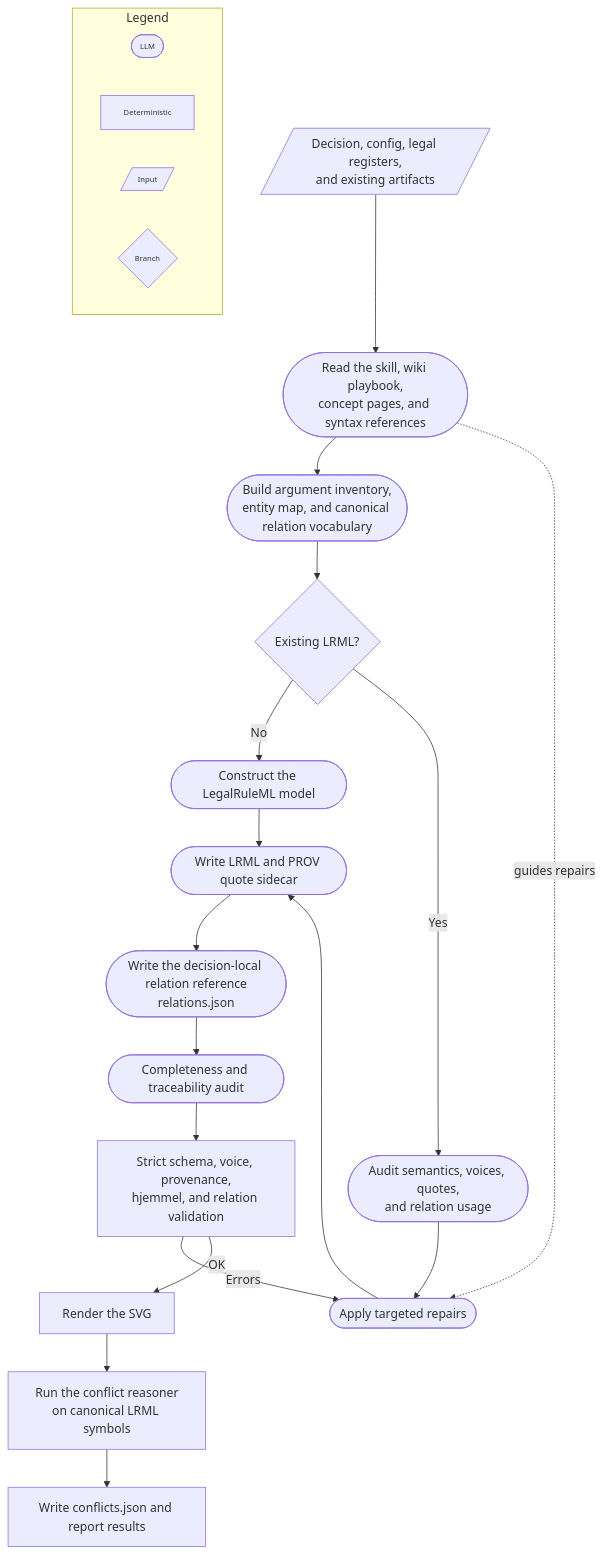
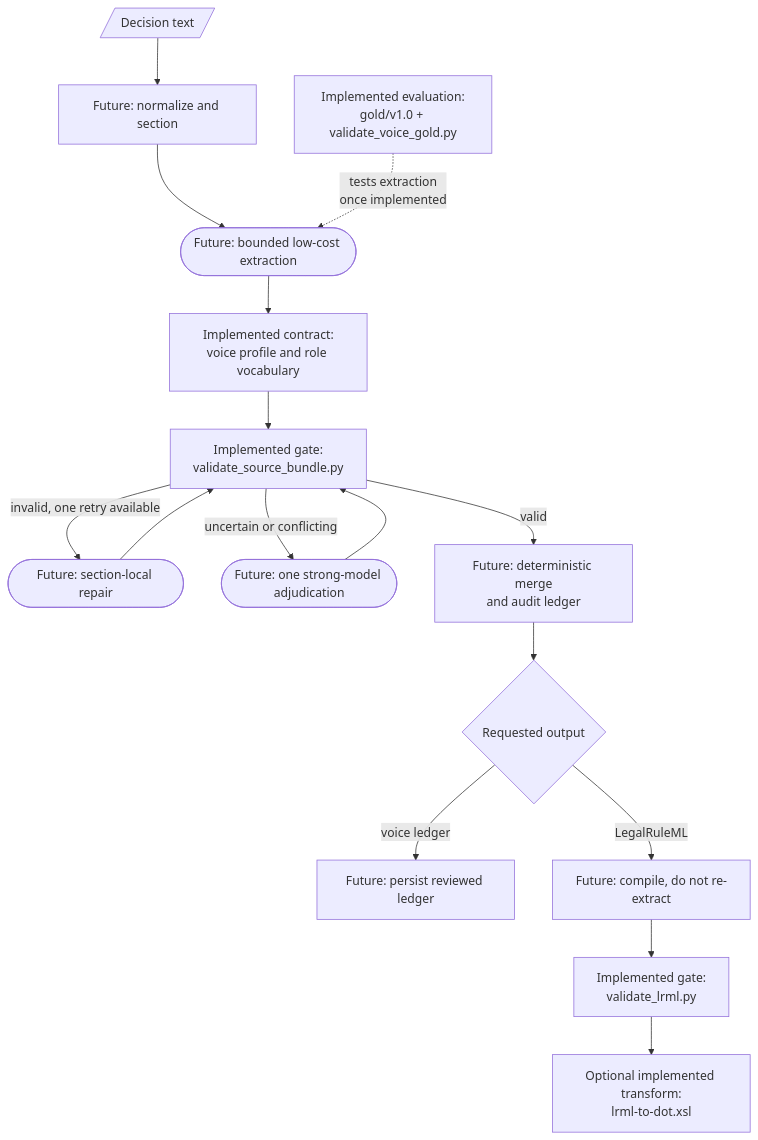
One commit to danlupp/lrml changed the diagram in legalruleml/README.md. Above: the diagram before and after it, drawn with Mermaid. The commit also changed other lines of this file, not shown here.

Commit message:
Clarify LegalRuleML checkout boundaries

````diff
--- a/legalruleml/README.md
+++ b/legalruleml/README.md
@@ -279,30 +310,19 @@
 ```mermaid
 flowchart TD
-  A[/Decision, config, legal registers,<br/>and existing artifacts/] --> B([Read the skill, wiki playbook,<br/>concept pages, and syntax references])
-  B --> D([Build argument inventory,<br/>entity map, and canonical relation vocabulary])
-  D --> E{Existing LRML?}
-  E -- No --> F([Construct the LegalRuleML model])
-  E -- Yes --> G([Audit semantics, voices, quotes,<br/>and relation usage])
-  G --> H([Apply targeted repairs])
-  B -. guides repairs .-> H
-  F --> I([Write LRML and PROV quote sidecar])
-  H --> I
-  I --> J([Write the decision-local relation reference<br/>relations.json])
-  J --> K([Completeness and traceability audit])
-  K --> L[Strict schema, voice, provenance,<br/>hjemmel, and relation validation]
-  L -- Errors --> H
-  L -- OK --> M[Render the SVG]
-  M --> N[Run the conflict reasoner<br/>on canonical LRML symbols]
-  N --> O[Write conflicts.json and report results]
+  A[/Decision text/] --> B[Future: normalize and section]
+  B --> C([Future: bounded low-cost extraction])
+  C --> D[Implemented contract:<br/>voice profile and role vocabulary]
+  D --> E[Implemented gate:<br/>validate_source_bundle.py]
+  E -- invalid, one retry available --> F([Future: section-local repair])
+  F --> E
+  E -- uncertain or conflicting --> G([Future: one strong-model adjudication])
+  G --> E
+  E -- valid --> H[Future: deterministic merge<br/>and audit ledger]
+  H --> I{Requested output}
+  I -- voice ledger --> J[Future: persist reviewed ledger]
+  I -- LegalRuleML --> K[Future: compile, do not re-extract]
+  K --> L[Implemented gate:<br/>validate_lrml.py]
+  L --> M[Optional implemented transform:<br/>lrml-to-dot.xsl]
 
-  subgraph LEGEND[Legend]
-    direction LR
-    LLM([LLM])
-    TOOL[Deterministic]
-    INPUT[/Input/]
-    CHOICE{Branch}
-  end
-
-  classDef legend font-size:10px
-  class LLM,TOOL,INPUT,CHOICE legend
+  N[Implemented evaluation:<br/>gold/v1.0 + validate_voice_gold.py] -. tests extraction<br/>once implemented .-> C
 ```
````
